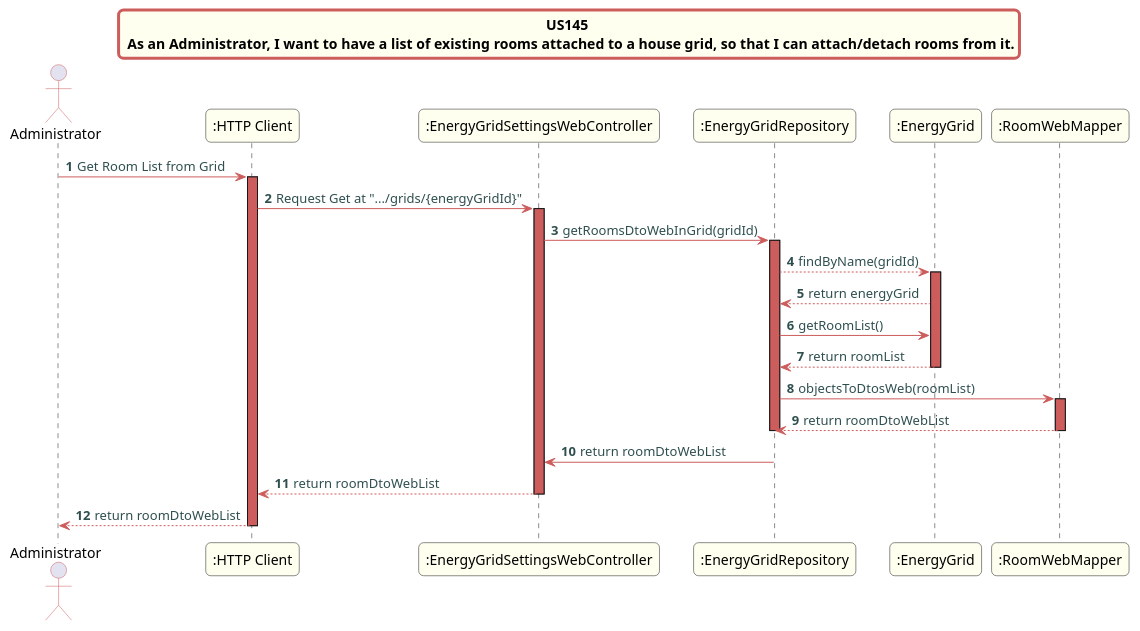
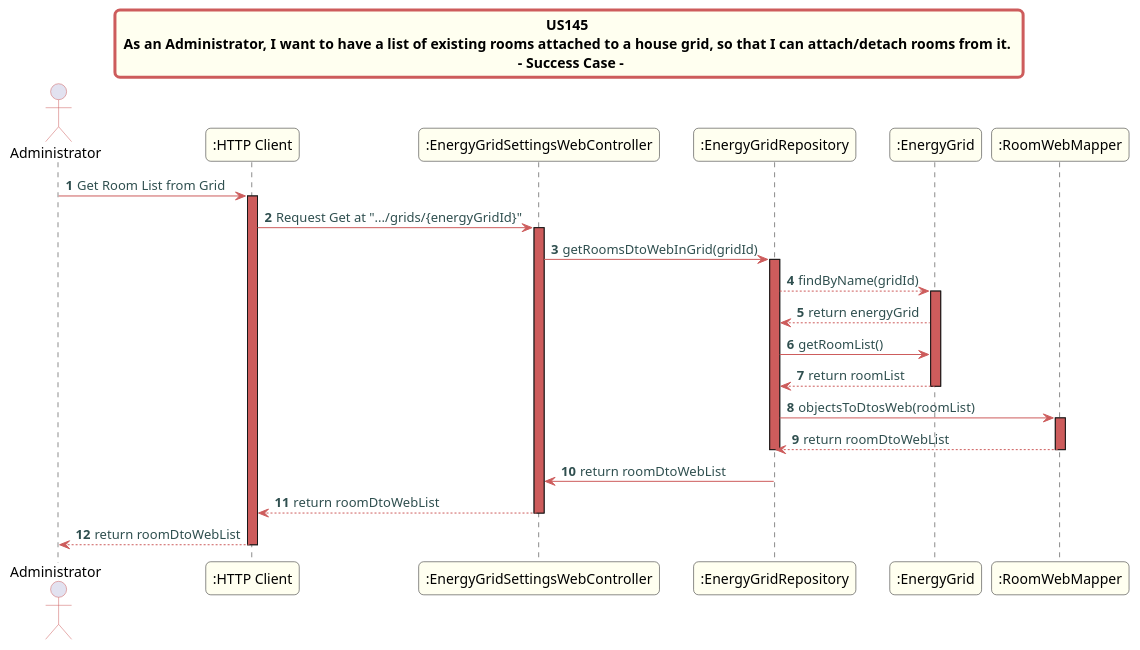
Before and after one commit to Almadanmp/project: the diagram in src/doc/WEB_Controllers/EnergyGridSettings/US145/US145_sd_EnergyGridSettingsWebController.puml, drawn with PlantUML.

Commit message:
REF #344 REF #345 - UML correction

```diff
--- a/src/doc/WEB_Controllers/EnergyGridSettings/US145/US145_sd_EnergyGridSettingsWebController.puml
+++ b/src/doc/WEB_Controllers/EnergyGridSettings/US145/US145_sd_EnergyGridSettingsWebController.puml
@@ -1,50 +1,50 @@
 @startuml
 skinparam titleBorderRoundCorner 10
 skinparam titleBorderThickness 3
 skinparam titleBorderColor indianred
 skinparam titleBackgroundColor ivory
 skinparam FontName quicksand
 
 skinparam actor {
  	BorderColor indianred
  	}
 
  skinparam sequence {
  	LifeLineBackgroundColor indianred
  	ParticipantBackgroundColor ivory
  }
 
  skinparam roundcorner 10
 
  skinparam component {
    arrowThickness 1
    ArrowFontName Verdana
    ArrowColor indianred
    ArrowFontColor darkslategrey
  }
-title US145 \n As an Administrator, I want to have a list of existing rooms attached to a house grid, so that I can attach/detach rooms from it.
+title US145 \n As an Administrator, I want to have a list of existing rooms attached to a house grid, so that I can attach/detach rooms from it.  \n - Success Case -
 autonumber
 actor "Administrator"
 "Administrator" -> ":HTTP Client":  Get Room List from Grid
 activate ":HTTP Client"
 ":HTTP Client" -> ":EnergyGridSettingsWebController":  Request Get at ".../grids/{energyGridId}"
 activate ":EnergyGridSettingsWebController"
 ":EnergyGridSettingsWebController" -> ":EnergyGridRepository": getRoomsDtoWebInGrid(gridId)
 activate ":EnergyGridRepository"
 ":EnergyGridRepository" --> ":EnergyGrid": findByName(gridId)
 activate ":EnergyGrid"
 ":EnergyGrid" --> ":EnergyGridRepository": return energyGrid
 ":EnergyGridRepository" -> ":EnergyGrid": getRoomList()
 ":EnergyGrid" --> ":EnergyGridRepository" : return roomList
 deactivate ":EnergyGrid"
 ":EnergyGridRepository" -> ":RoomWebMapper": objectsToDtosWeb(roomList)
 activate ":RoomWebMapper"
 ":RoomWebMapper" --> ":EnergyGridRepository" : return roomDtoWebList
 deactivate ":RoomWebMapper"
 deactivate ":EnergyGridRepository"
 ":EnergyGridRepository" -> ":EnergyGridSettingsWebController" : return roomDtoWebList
 ":EnergyGridSettingsWebController" --> ":HTTP Client": return roomDtoWebList
 deactivate ":EnergyGridSettingsWebController"
 ":HTTP Client" --> "Administrator": return roomDtoWebList
 deactivate ":HTTP Client"
 @enduml
```
